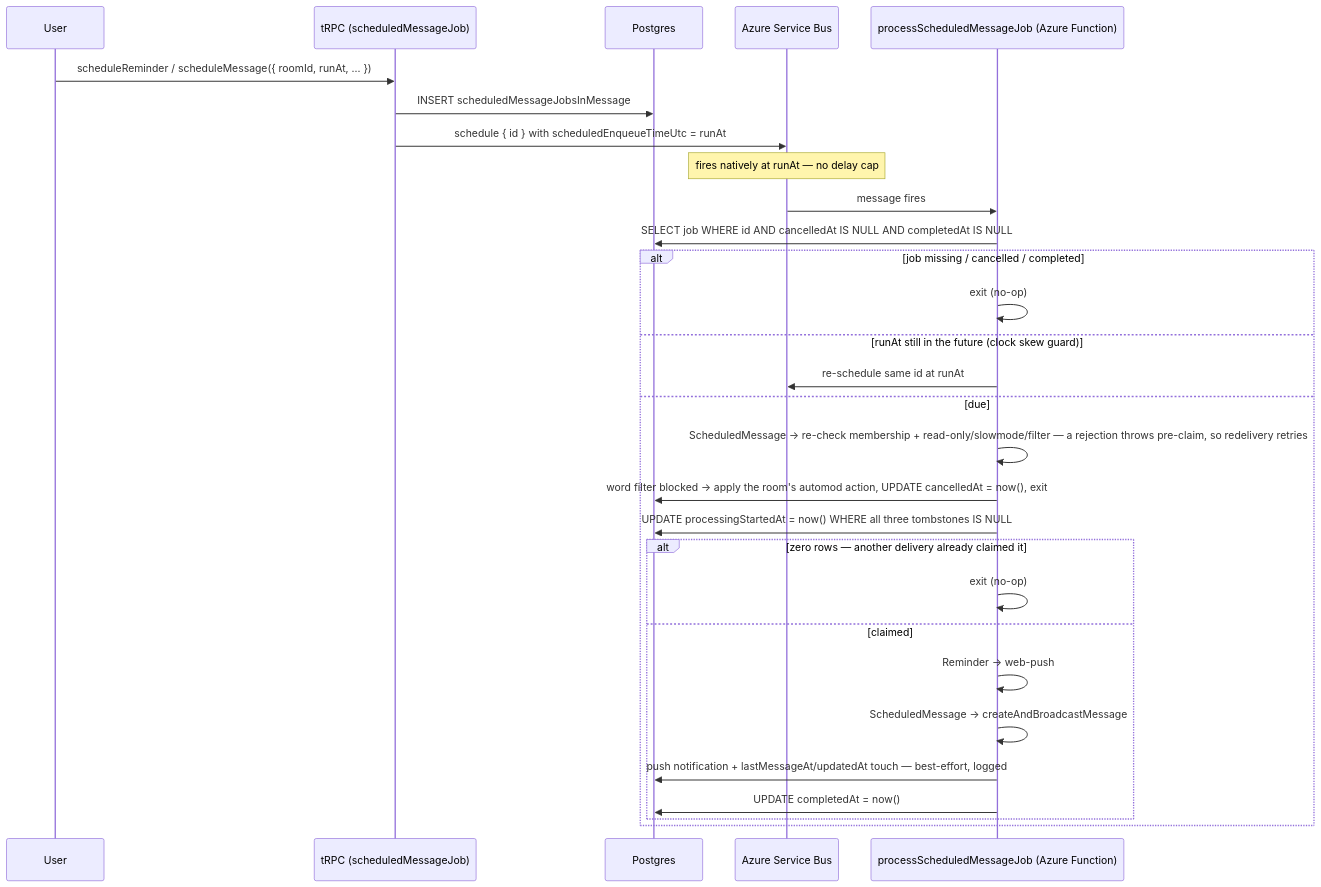
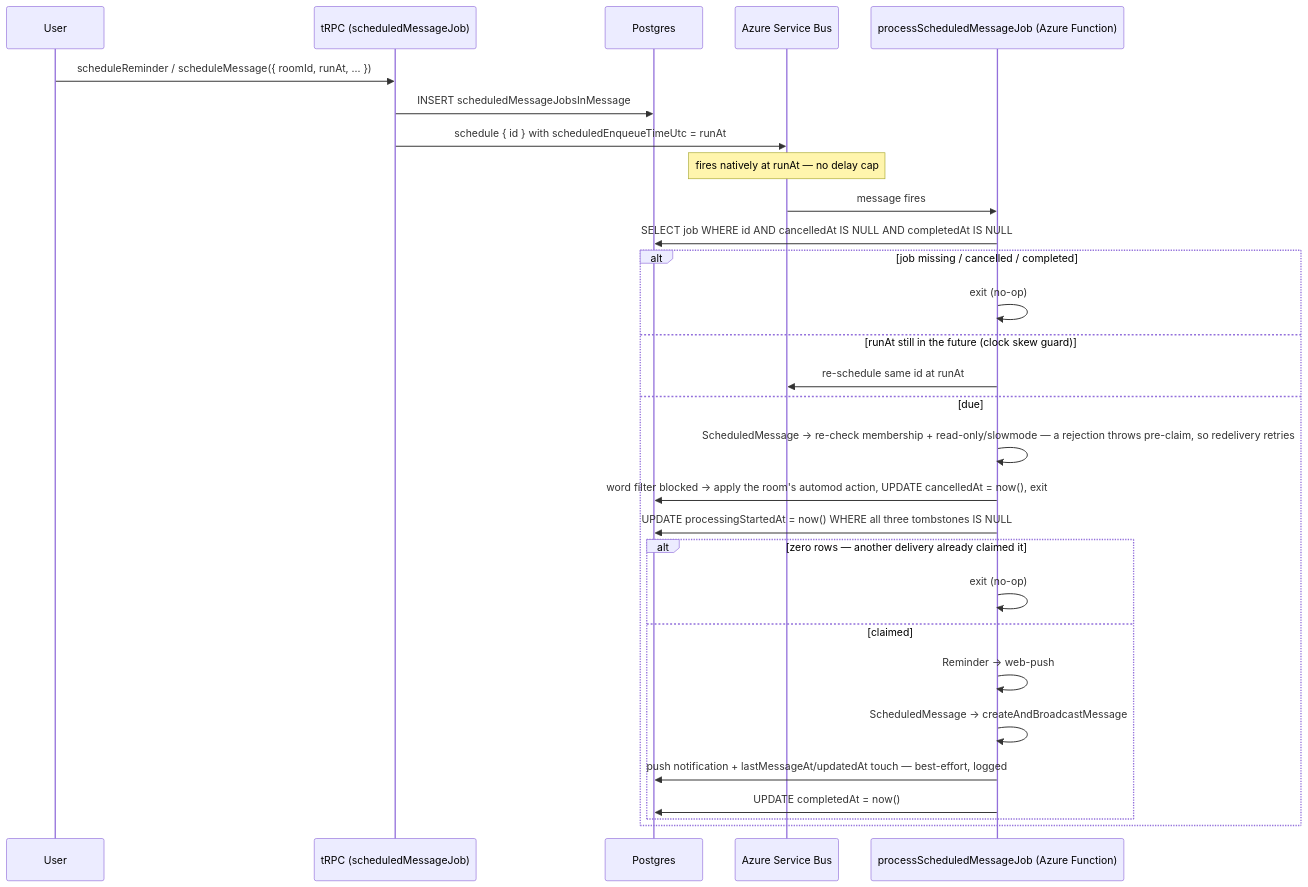
One commit to Esposter/Esposter changed the diagram in packages/app/content/docs/esbabbler/scheduled-messages.md. Above: the diagram before and after it, drawn with Mermaid. The commit also changed 4 other files, not shown here.

````diff
--- a/packages/app/content/docs/esbabbler/scheduled-messages.md
+++ b/packages/app/content/docs/esbabbler/scheduled-messages.md
@@ -12,33 +12,33 @@
 ```mermaid
 sequenceDiagram
     participant U as User
     participant T as tRPC (scheduledMessageJob)
     participant DB as Postgres
     participant Q as Azure Service Bus
     participant F as processScheduledMessageJob (Azure Function)
 
     U->>T: scheduleReminder / scheduleMessage({ roomId, runAt, … })
     T->>DB: INSERT scheduledMessageJobsInMessage
     T->>Q: schedule { id } with scheduledEnqueueTimeUtc = runAt
     Note over Q: fires natively at runAt — no delay cap
 
     Q->>F: message fires
     F->>DB: SELECT job WHERE id AND cancelledAt IS NULL AND completedAt IS NULL
     alt job missing / cancelled / completed
         F->>F: exit (no-op)
     else runAt still in the future (clock skew guard)
         F->>Q: re-schedule same id at runAt
     else due
-        F->>F: ScheduledMessage → re-check membership + read-only/slowmode/filter — a rejection throws pre-claim, so redelivery retries
+        F->>F: ScheduledMessage → re-check membership + read-only/slowmode — a rejection throws pre-claim, so redelivery retries
         F->>DB: word filter blocked → apply the room's automod action, UPDATE cancelledAt = now(), exit
         F->>DB: UPDATE processingStartedAt = now() WHERE all three tombstones IS NULL
         alt zero rows — another delivery already claimed it
             F->>F: exit (no-op)
         else claimed
             F->>F: Reminder → web-push
             F->>F: ScheduledMessage → createAndBroadcastMessage
             F->>DB: push notification + lastMessageAt/updatedAt touch — best-effort, logged
             F->>DB: UPDATE completedAt = now()
         end
     end
 ```
````
